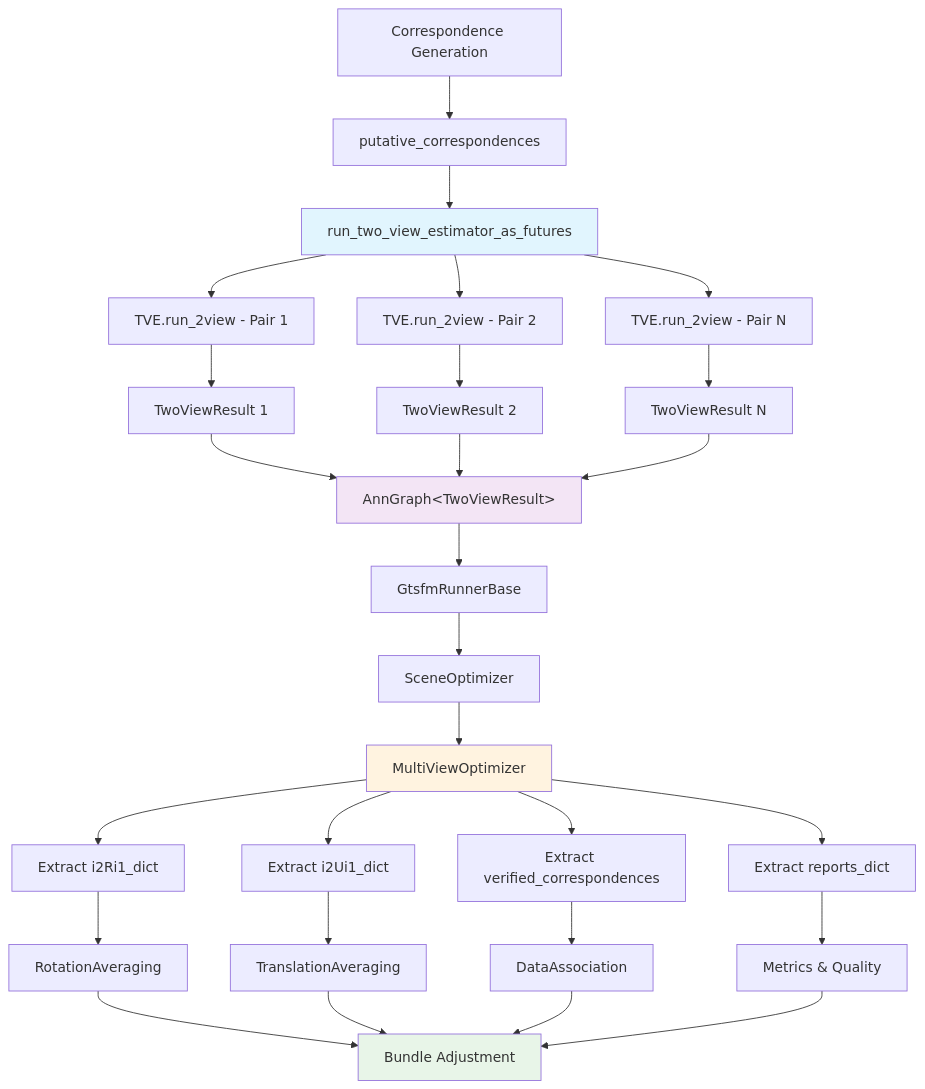
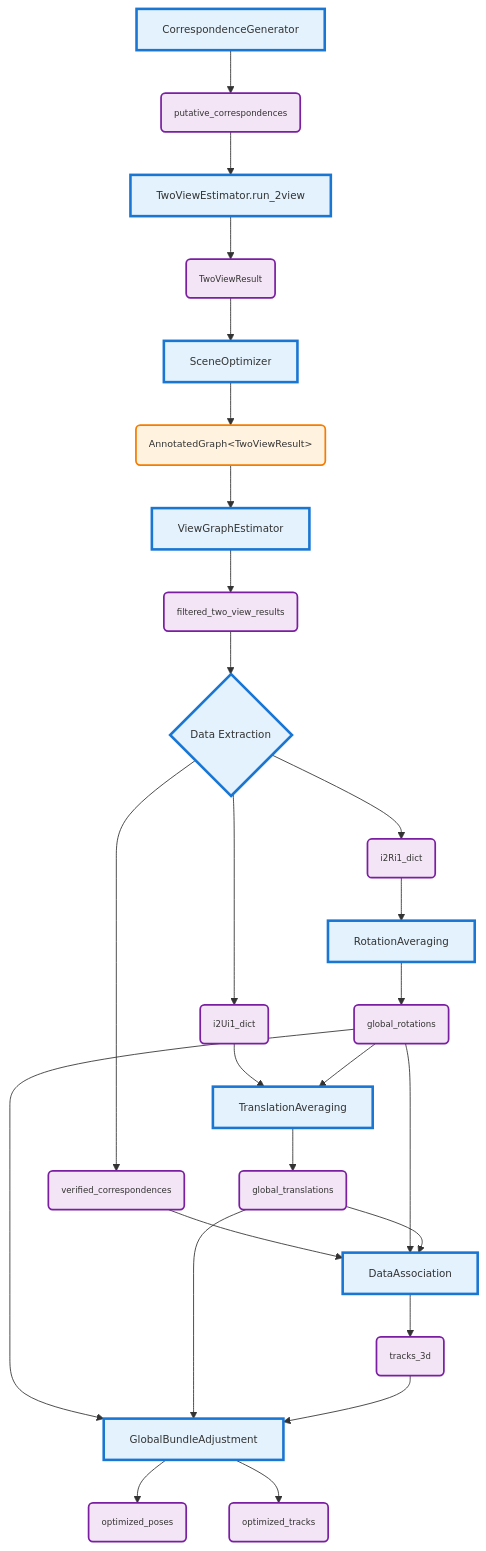
Before and after one commit to borglab/gtsfm: the diagram in gtsfm/frontend/two_view_result_lifecycle.md, drawn with Mermaid. The commit also changed other lines of this file, not shown here.

````diff
--- a/gtsfm/frontend/two_view_result_lifecycle.md
+++ b/gtsfm/frontend/two_view_result_lifecycle.md
@@ -22,40 +15,44 @@
 ```mermaid
 graph TD
-    A[Correspondence Generation] --> B[putative_correspondences]
-    B --> C[run_two_view_estimator_as_futures]
-    C --> D1[TVE.run_2view - Pair 1]
-    C --> D2[TVE.run_2view - Pair 2]
-    C --> D3[TVE.run_2view - Pair N]
+    A[CorrespondenceGenerator] --> B(putative_correspondences)
+    B --> C[TwoViewEstimator.run_2view]
+    C --> D(TwoViewResult)
     
-    D1 --> E1[TwoViewResult 1]
-    D2 --> E2[TwoViewResult 2]
-    D3 --> E3[TwoViewResult N]
+    D --> E[SceneOptimizer]
+    E --> F(AnnotatedGraph&lt;TwoViewResult&gt;)
     
-    E1 --> F["AnnGraph&lt;TwoViewResult&gt;"]
-    E2 --> F
-    E3 --> F
+    F --> G[ViewGraphEstimator]
+    G --> H(filtered_two_view_results)
     
-    F --> G[GtsfmRunnerBase]
-    G --> H[SceneOptimizer]
-    H --> I[MultiViewOptimizer]
+    H --> I{Data Extraction}
+    I --> J(i2Ri1_dict)
+    I --> K(i2Ui1_dict)
+    I --> L(verified_correspondences)
     
-    I --> J1[Extract i2Ri1_dict]
-    I --> J2[Extract i2Ui1_dict]
-    I --> J3[Extract verified_correspondences]
-    I --> J4[Extract reports_dict]
+    J --> M[RotationAveraging]
+    M --> N(global_rotations)
     
-    J1 --> K1[RotationAveraging]
-    J2 --> K2[TranslationAveraging]
-    J3 --> K3[DataAssociation]
-    J4 --> K4[Metrics & Quality]
+    K --> O[TranslationAveraging]
+    N --> O
+    O --> P(global_translations)
     
-    K1 --> L[Bundle Adjustment]
-    K2 --> L
-    K3 --> L
-    K4 --> L
+    L --> Q[DataAssociation]
+    N --> Q
+    P --> Q
+    Q --> R(tracks_3d)
     
-    style C fill:#e1f5fe
-    style F fill:#f3e5f5
-    style I fill:#fff3e0
-    style L fill:#e8f5e8
+    N --> S[GlobalBundleAdjustment]
+    P --> S
+    R --> S
+    
+    S --> T(optimized_poses)
+    S --> U(optimized_tracks)
+    
+    classDef processBox fill:#e3f2fd,stroke:#1976d2,stroke-width:3px,font-size:12px
+    classDef productBox fill:#f3e5f5,stroke:#7b1fa2,stroke-width:2px,font-size:10px
+    classDef collectionBox fill:#fff3e0,stroke:#f57c00,stroke-width:2px,font-size:11px
+    
+    class A,C,E,G,I,M,O,Q,S processBox
+    class B,D,H,J,K,L,N,P,R,T,U productBox
+    class F collectionBox
 ```
````
